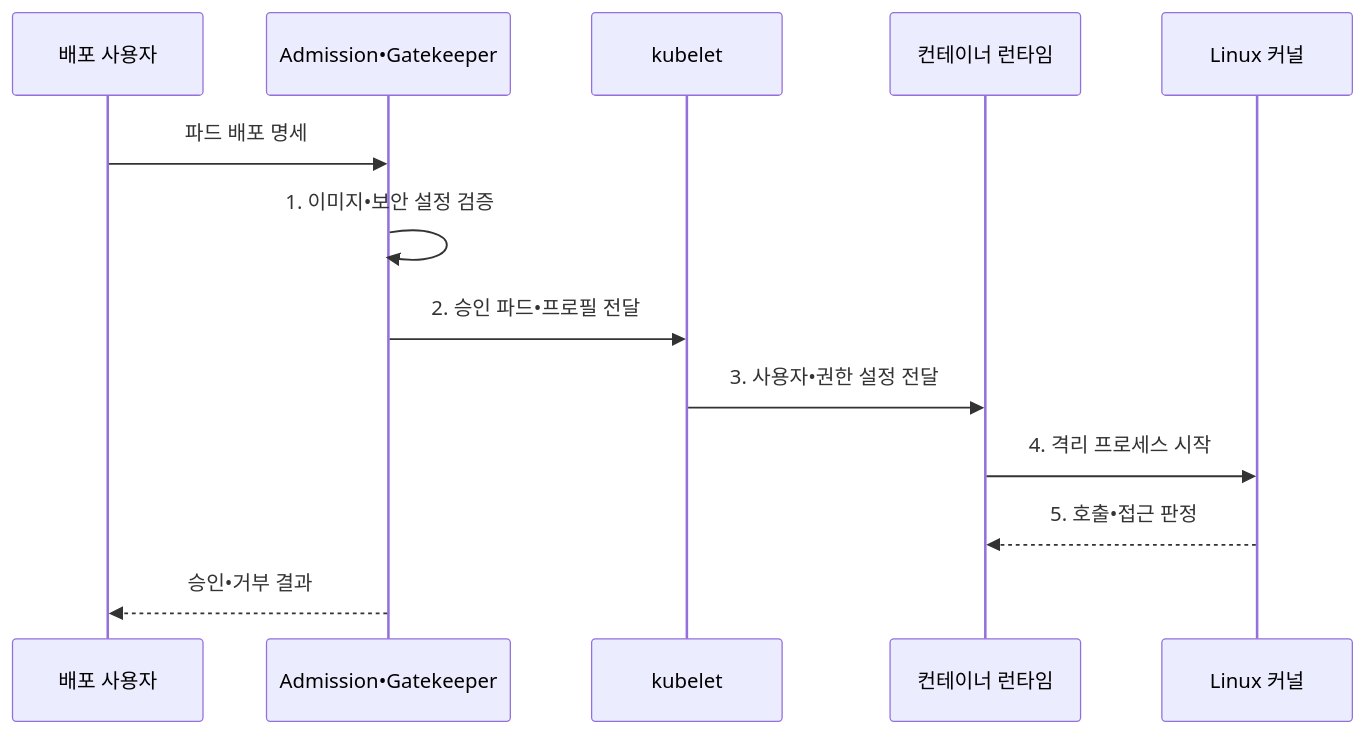
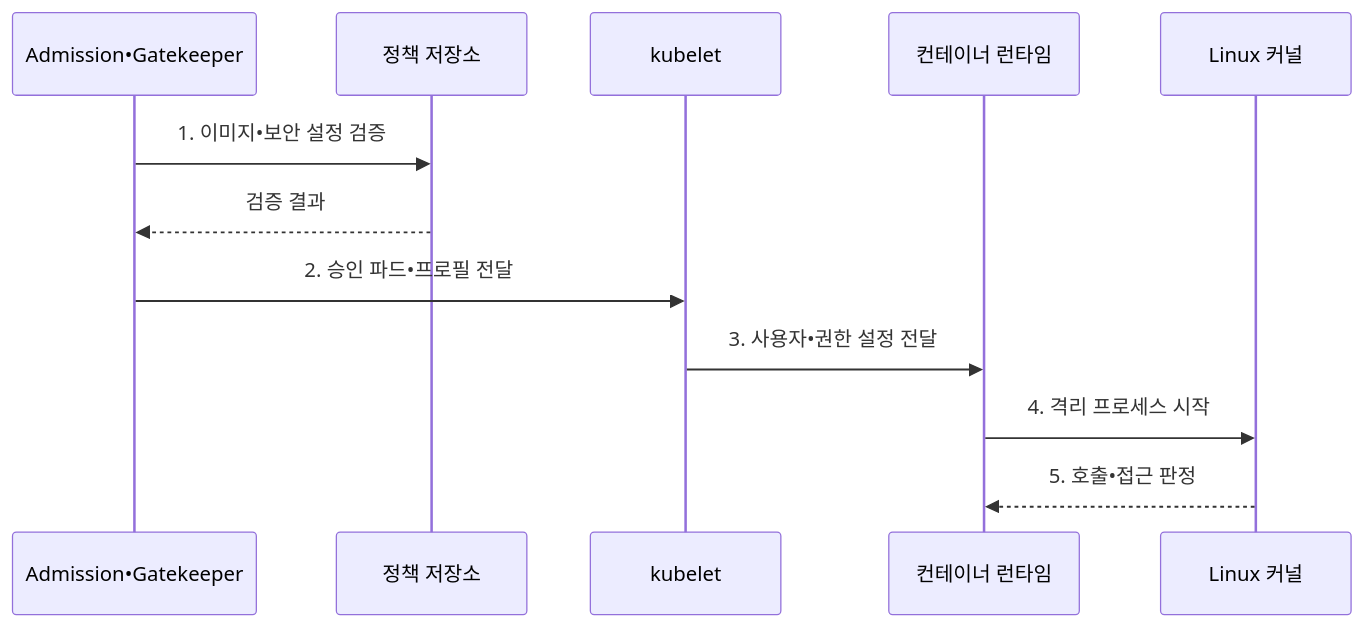
Before and after one commit to agnusdei1207/knowledge-base: the second of 2 diagrams in src/content/docs/notes/03-software/158_container_security.md, drawn with Mermaid. The commit also changed other lines of this file and 7 other files, not shown here.

````diff
--- a/src/content/docs/notes/03-software/158_container_security.md
+++ b/src/content/docs/notes/03-software/158_container_security.md
@@ -106,15 +106,14 @@
 ```mermaid
 sequenceDiagram
-    participant U as 배포 사용자
     participant O as Admission•Gatekeeper
+    participant P as 정책 저장소
     participant N as kubelet
     participant R as 컨테이너 런타임
     participant K as Linux 커널
-    U->>O: 파드 배포 명세
-    O->>O: 1. 이미지•보안 설정 검증
+    O->>P: 1. 이미지•보안 설정 검증
+    P-->>O: 검증 결과
     O->>N: 2. 승인 파드•프로필 전달
     N->>R: 3. 사용자•권한 설정 전달
     R->>K: 4. 격리 프로세스 시작
     K-->>R: 5. 호출•접근 판정
-    O-->>U: 승인•거부 결과
 ```
````
